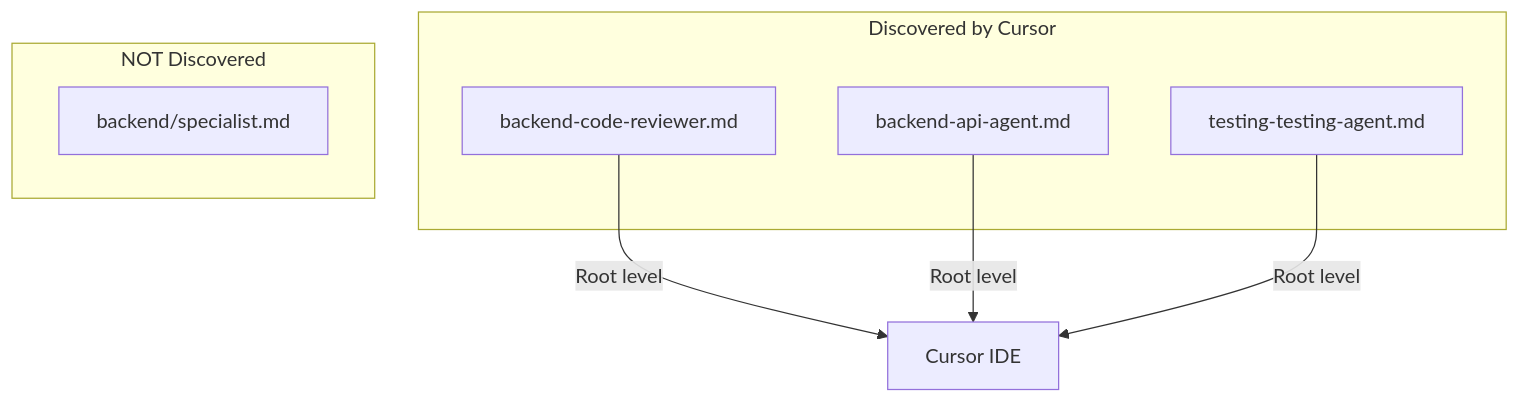
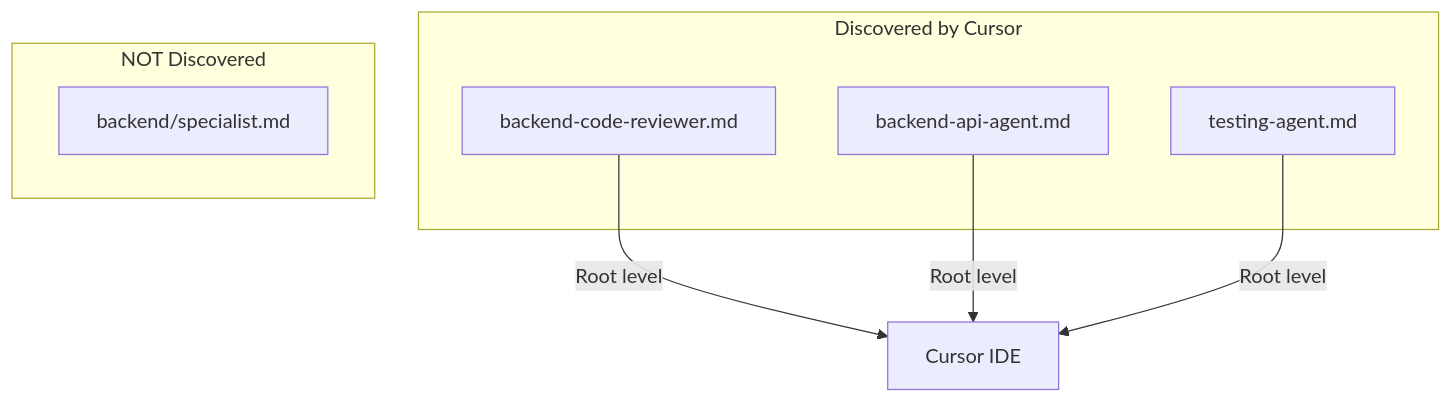
The diagram in docs/components/agents.md (girijashankarj/cursor-handbook), drawn with Mermaid before and after one commit. The commit also changed other lines of this file and 189 other files, not shown here.

````diff
--- a/docs/components/agents.md
+++ b/docs/components/agents.md
@@ -5,12 +5,12 @@
 ```mermaid
 flowchart TB
     subgraph Discovered [Discovered by Cursor]
         A1[backend-code-reviewer.md]
         A2[backend-api-agent.md]
-        A3[testing-testing-agent.md]
+        A3[testing-agent.md]
     end
     subgraph NotDiscovered [NOT Discovered]
         N1[backend/specialist.md]
     end
     A1 & A2 & A3 --> |Root level| Cursor[Cursor IDE]
 ```
````
